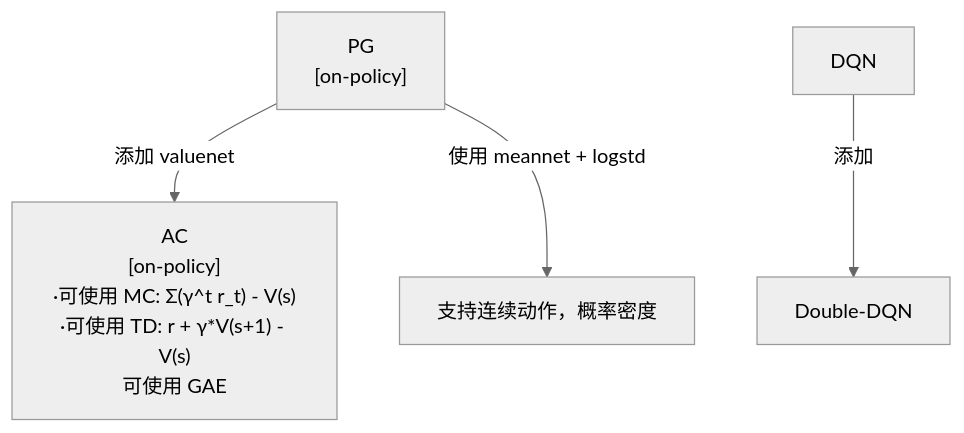
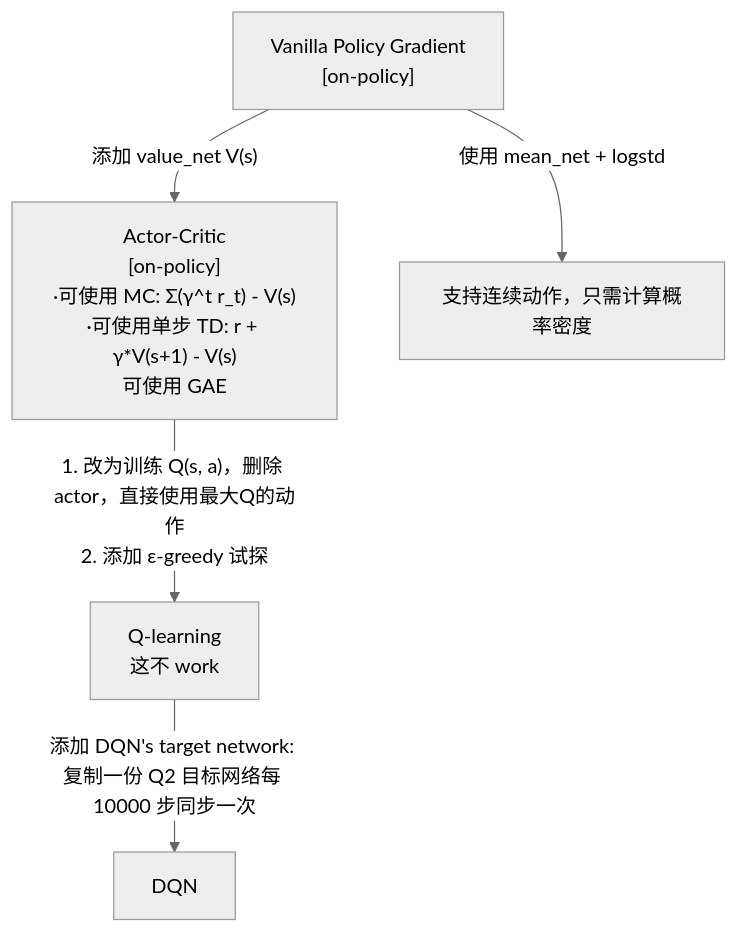
The diagram in 技术学习/285/285-0.md (julyfun/how-to), drawn with Mermaid (neutral theme) before and after one commit. The commit also changed 1 other file, not shown here.

Commit message:
M 技术学习/285/285-0.md | M 技术学习/285/285-2.md

````diff
--- a/技术学习/285/285-0.md
+++ b/技术学习/285/285-0.md
@@ -11,7 +11,8 @@
 ```mermaid
 flowchart TD
-    PG["PG<br>[on-policy]"] -->|添加 valuenet| AC
-    AC["AC<br>[on-policy]<br>·可使用 MC: Σ(γ^t r_t) - V(s)<br>·可使用 TD: r + γ*V(s+1) - V(s)<br>可使用 GAE"]
-    PG -->|使用 meannet + logstd| cont[支持连续动作，概率密度]
-    DQN -->|添加| Double-DQN
+    PG["Vanilla Policy Gradient<br>[on-policy]"] -->|"添加 value_net V(s)"| AC
+    AC["Actor-Critic<br>[on-policy]<br>·可使用 MC: Σ(γ^t r_t) - V(s)<br>·可使用单步 TD: r + γ*V(s+1) - V(s)<br>可使用 GAE"]
+    PG -->|使用 mean_net + logstd| cont[支持连续动作，只需计算概率密度]
+    AC -->|"1. 改为训练 Q(s, a)，删除 actor，直接使用最大Q的动作<br>2. 添加 ε-greedy 试探"| Q-learning["Q-learning<br>这不 work"]
+    Q-learning -->|"添加 DQN's target network: 复制一份 Q2 目标网络每 10000 步同步一次"| DQN
 ```
````
